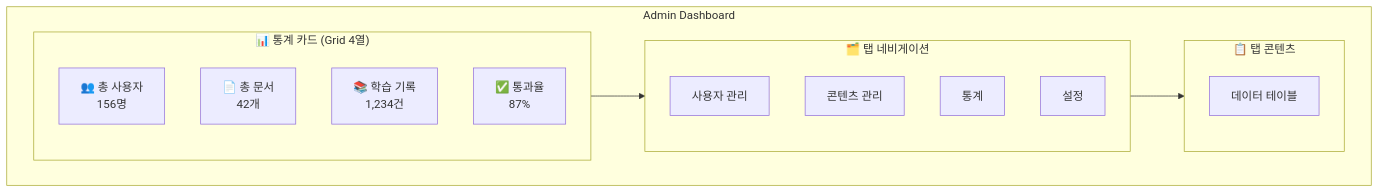
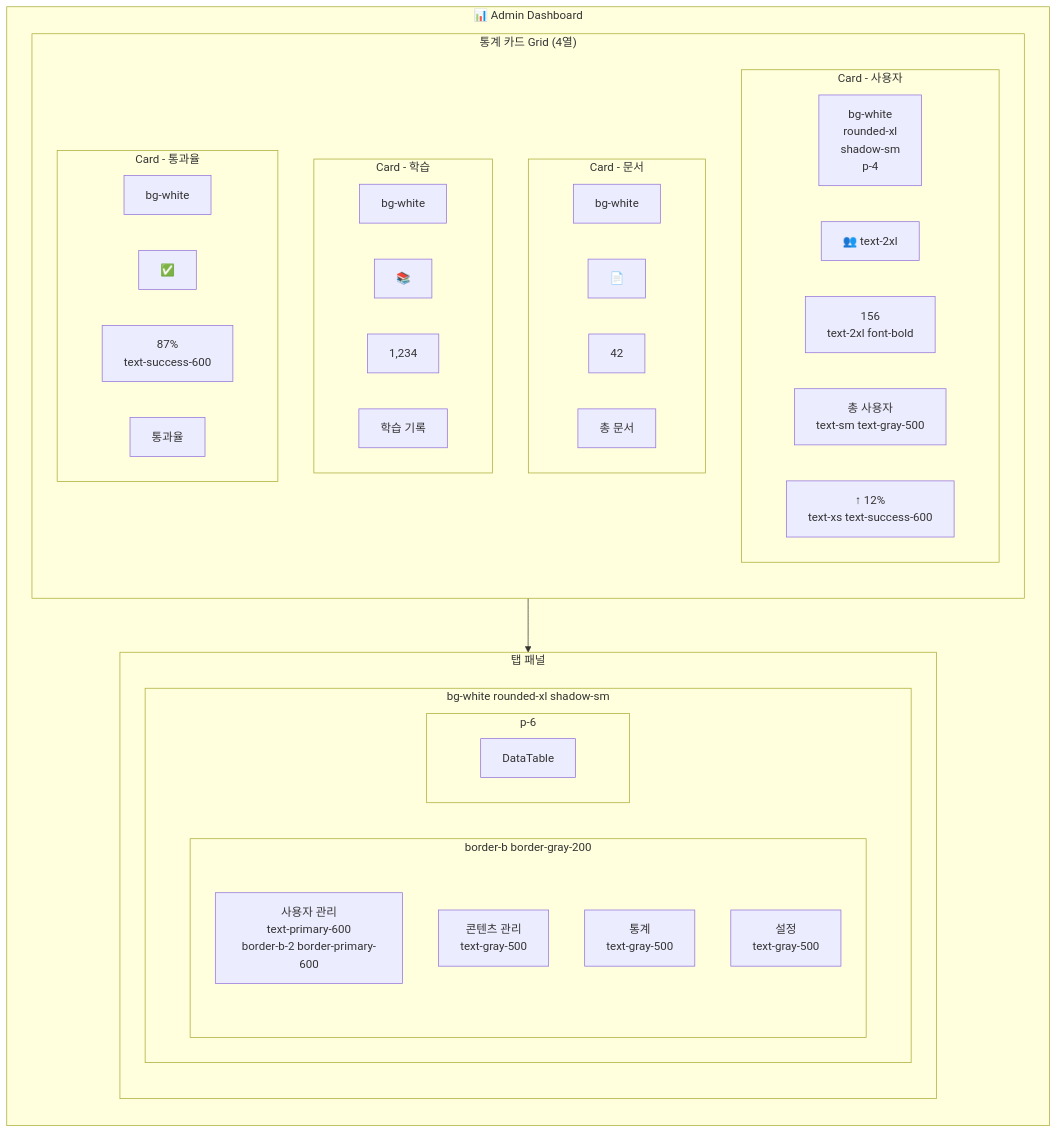
One commit to garimto81/ggp-ojt-v2 changed the sixth of 13 diagrams in tasks/prds/PRD-0015-ui-redesign-shadcn.md. Above: the diagram before and after it, drawn with Mermaid. The commit also changed other lines of this file, not shown here.

First line of the commit message:
docs(prd): PRD-0015 컬러 톤앤매너 + 세로 워크플로우 추가

````diff
--- a/tasks/prds/PRD-0015-ui-redesign-shadcn.md
+++ b/tasks/prds/PRD-0015-ui-redesign-shadcn.md
@@ -148,24 +368,58 @@
 ```mermaid
 graph TB
-    subgraph Dashboard["Admin Dashboard"]
-        subgraph Stats["📊 통계 카드 (Grid 4열)"]
-            S1["👥 총 사용자<br/>156명"]
-            S2["📄 총 문서<br/>42개"]
-            S3["📚 학습 기록<br/>1,234건"]
-            S4["✅ 통과율<br/>87%"]
+    subgraph AdminDash["📊 Admin Dashboard"]
+        direction TB
+
+        subgraph StatsGrid["통계 카드 Grid (4열)"]
+            direction TB
+
+            subgraph Card1["Card - 사용자"]
+                C1_BG["bg-white<br/>rounded-xl<br/>shadow-sm<br/>p-4"]
+                C1_Icon["👥 text-2xl"]
+                C1_Value["156<br/>text-2xl font-bold"]
+                C1_Label["총 사용자<br/>text-sm text-gray-500"]
+                C1_Trend["↑ 12%<br/>text-xs text-success-600"]
+            end
+
+            subgraph Card2["Card - 문서"]
+                C2_BG["bg-white"]
+                C2_Icon["📄"]
+                C2_Value["42"]
+                C2_Label["총 문서"]
+            end
+
+            subgraph Card3["Card - 학습"]
+                C3_BG["bg-white"]
+                C3_Icon["📚"]
+                C3_Value["1,234"]
+                C3_Label["학습 기록"]
+            end
+
+            subgraph Card4["Card - 통과율"]
+                C4_BG["bg-white"]
+                C4_Icon["✅"]
+                C4_Value["87%<br/>text-success-600"]
+                C4_Label["통과율"]
+            end
         end
 
-        subgraph Tabs["🗂️ 탭 네비게이션"]
-            T1["사용자 관리"]
-            T2["콘텐츠 관리"]
-            T3["통계"]
-            T4["설정"]
-        end
+        subgraph TabPanel["탭 패널"]
+            direction TB
 
-        subgraph Content["📋 탭 콘텐츠"]
-            Table["데이터 테이블"]
+            subgraph TabsContainer["bg-white rounded-xl shadow-sm"]
+                subgraph TabList["border-b border-gray-200"]
+                    Tab1["사용자 관리<br/>text-primary-600<br/>border-b-2 border-primary-600"]
+                    Tab2["콘텐츠 관리<br/>text-gray-500"]
+                    Tab3["통계<br/>text-gray-500"]
+                    Tab4["설정<br/>text-gray-500"]
+                end
+
+                subgraph TabContent["p-6"]
+                    Table["DataTable"]
+                end
+            end
         end
     end
 
-    Stats --> Tabs --> Content
+    StatsGrid --> TabPanel
 ```
````
